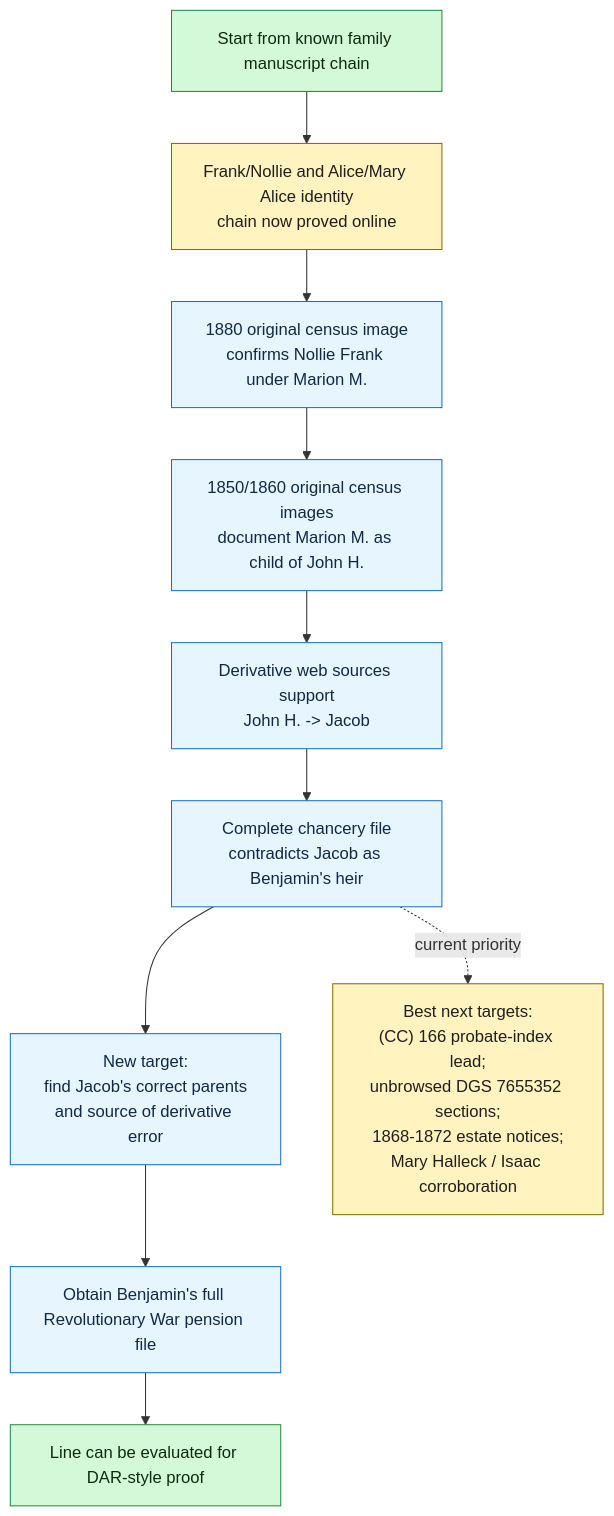
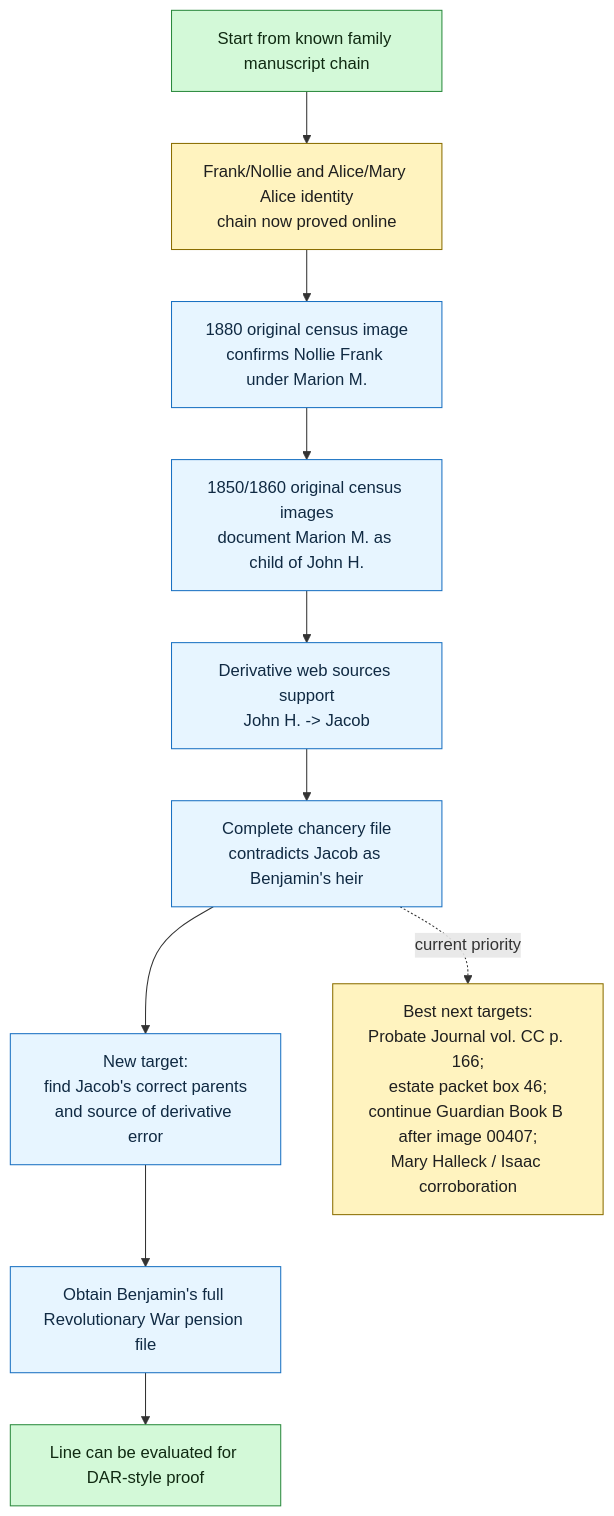
Before and after one commit to zcopley/copley-family-research: the second of 2 diagrams in RQ-P1-PARTLOW-REVOLUTIONARY-LINE.md, drawn with Mermaid. The commit also changed other lines of this file and 14 other files, not shown here.

````diff
--- a/RQ-P1-PARTLOW-REVOLUTIONARY-LINE.md
+++ b/RQ-P1-PARTLOW-REVOLUTIONARY-LINE.md
@@ -324,23 +324,23 @@
 ```mermaid
 flowchart TD
     A["Start from known family manuscript chain"]
     B["Frank/Nollie and Alice/Mary Alice identity<br/>chain now proved online"]
     C["1880 original census image<br/>confirms Nollie Frank under Marion M."]
     D["1850/1860 original census images<br/>document Marion M. as child of John H."]
     E["Derivative web sources support<br/>John H. -> Jacob"]
     F["Complete chancery file<br/>contradicts Jacob as Benjamin's heir"]
     G["New target:<br/>find Jacob's correct parents<br/>and source of derivative error"]
     I["Obtain Benjamin's full Revolutionary War pension file"]
     H["Line can be evaluated for DAR-style proof"]
 
     A --> B --> C --> D --> E --> F --> G --> I --> H
-    F -. "current priority" .-> P["Best next targets:<br/>(CC) 166 probate-index lead;<br/>unbrowsed DGS 7655352 sections;<br/>1868-1872 estate notices;<br/>Mary Halleck / Isaac corroboration"]
+    F -. "current priority" .-> P["Best next targets:<br/>Probate Journal vol. CC p. 166;<br/>estate packet box 46;<br/>continue Guardian Book B after image 00407;<br/>Mary Halleck / Isaac corroboration"]
 
     class A,H goal
     class B,P priority
     class C,D,E,F,G,I action
 
     classDef goal fill:#d3f9d8,stroke:#2b8a3e,color:#102a12;
     classDef priority fill:#fff3bf,stroke:#8a6d00,color:#1f1f1f;
     classDef action fill:#e7f5ff,stroke:#1971c2,color:#102a43;
 ```
````
